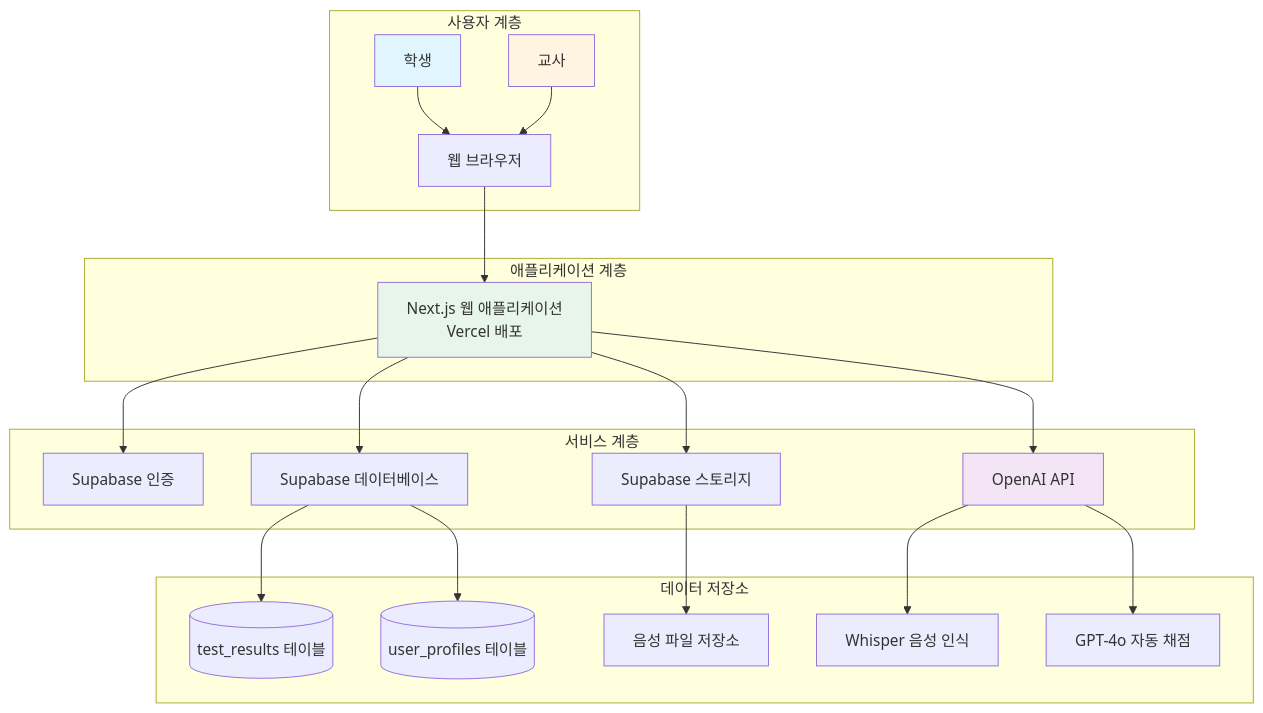
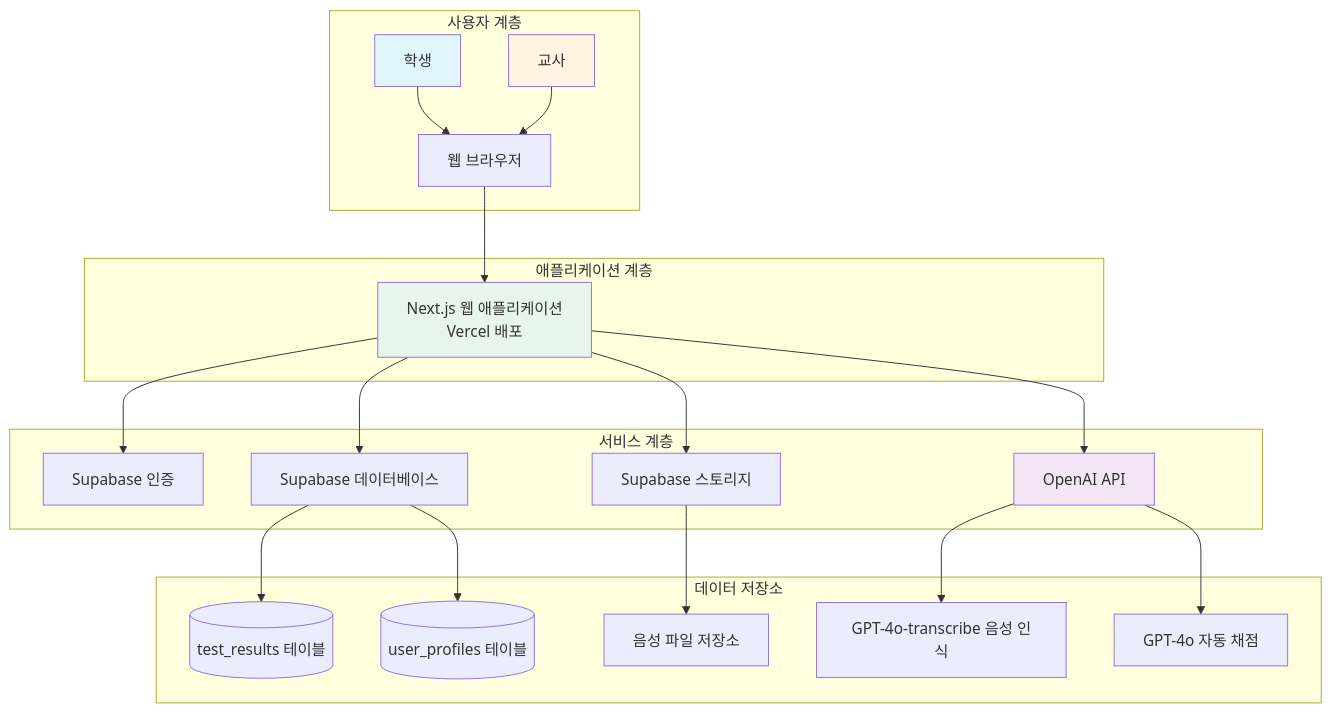
Before and after one commit to bmm0465/aieebss: the first of 7 diagrams in AI_초등영어_기초학력_진단_플랫폼_개발_보고서.md, drawn with Mermaid. The commit also changed 2 other files, not shown here.

Commit message:
유형 세분화 2

````diff
--- a/AI_초등영어_기초학력_진단_플랫폼_개발_보고서.md
+++ b/AI_초등영어_기초학력_진단_플랫폼_개발_보고서.md
@@ -19,31 +19,31 @@
 ```mermaid
 graph TB
     subgraph "사용자 계층"
         A[학생] --> B[웹 브라우저]
         C[교사] --> B
     end
     
     subgraph "애플리케이션 계층"
         B --> D[Next.js 웹 애플리케이션<br/>Vercel 배포]
     end
     
     subgraph "서비스 계층"
         D --> E[Supabase 인증]
         D --> F[Supabase 데이터베이스]
         D --> G[Supabase 스토리지]
         D --> H[OpenAI API]
     end
     
     subgraph "데이터 저장소"
         F --> I[(test_results 테이블)]
         F --> J[(user_profiles 테이블)]
         G --> K[음성 파일 저장소]
-        H --> L[Whisper 음성 인식]
+        H --> L[GPT-4o-transcribe 음성 인식]
         H --> M[GPT-4o 자동 채점]
     end
     
     style A fill:#e1f5ff
     style C fill:#fff4e1
     style D fill:#e8f5e9
     style H fill:#f3e5f5
 ```
````
